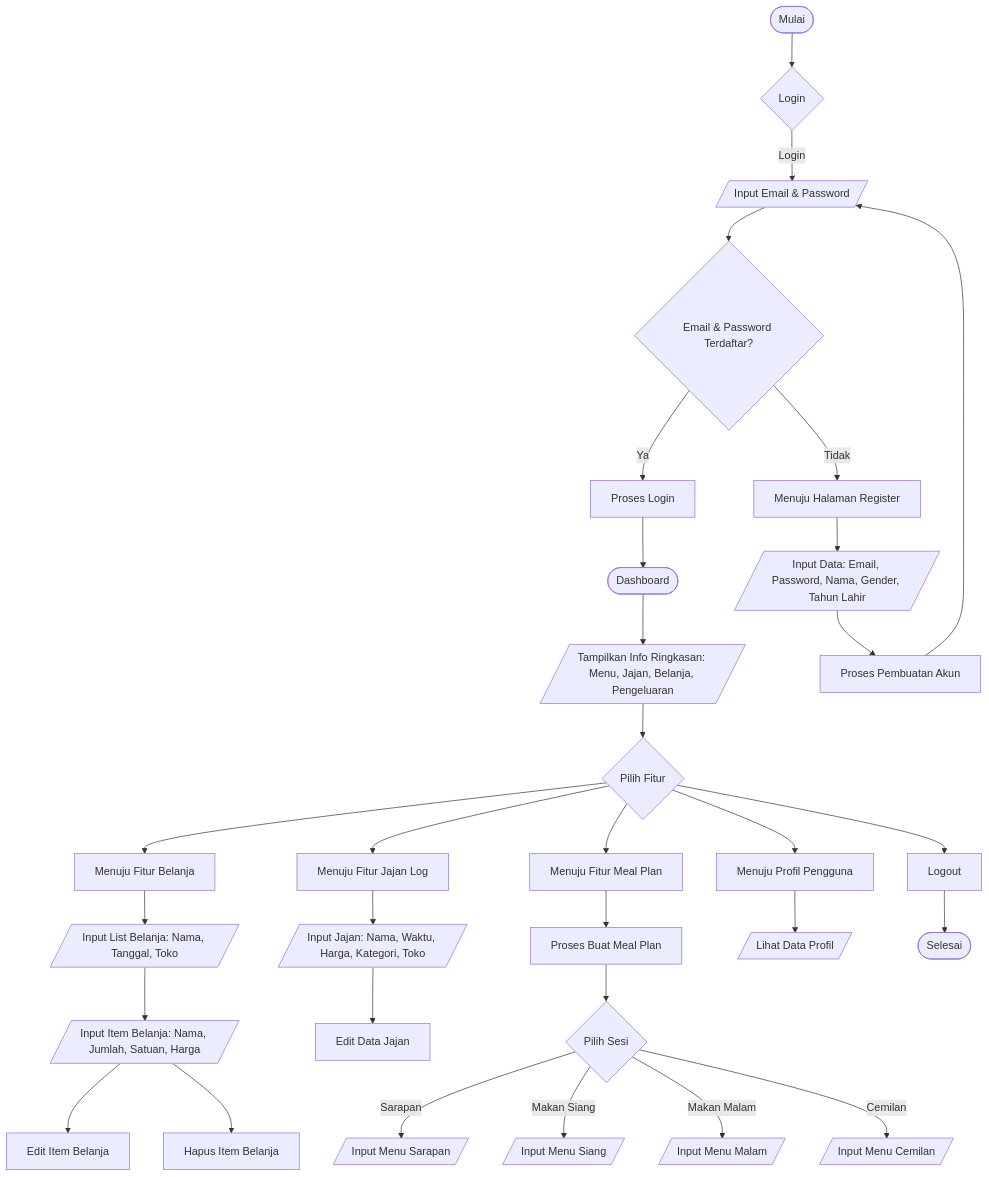
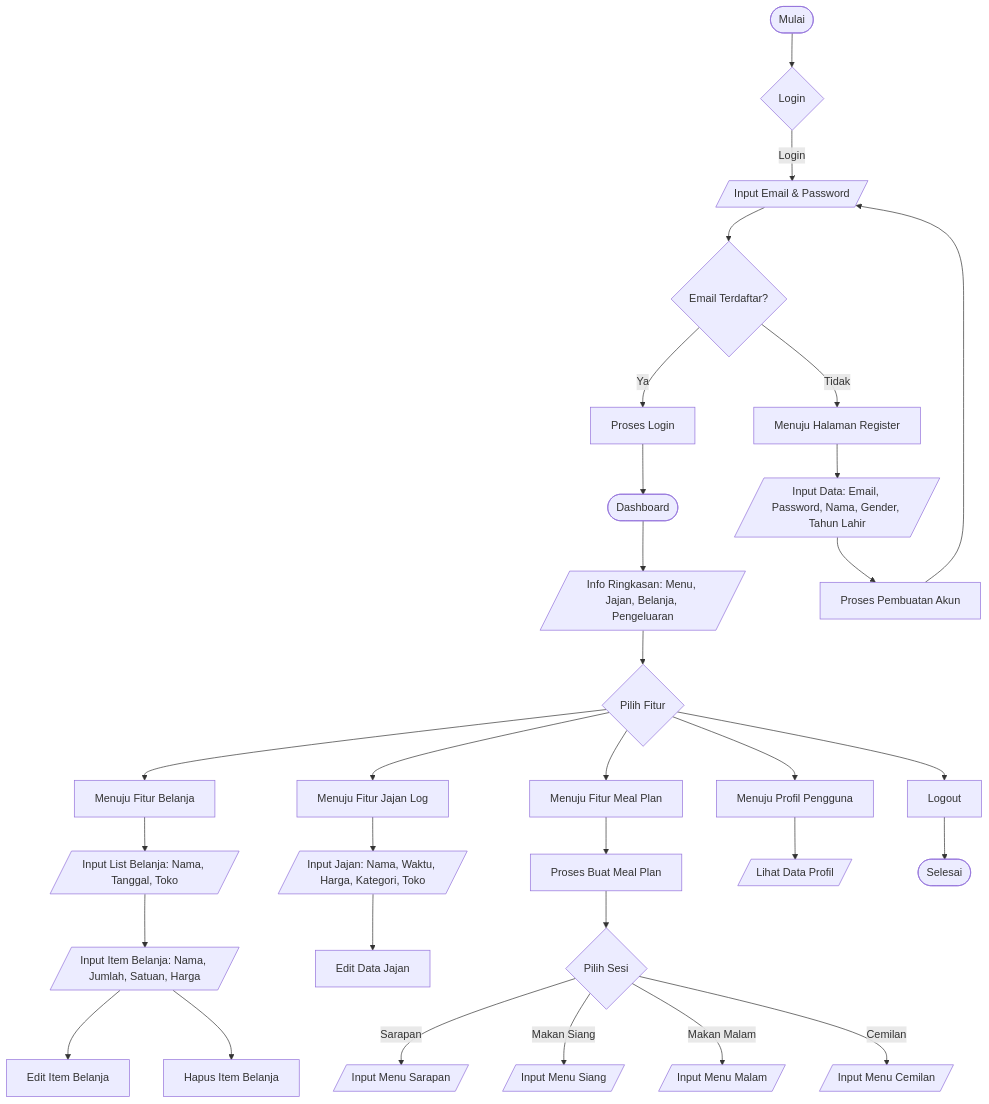
The diagram in README.md (alfathya/LSP-Project), drawn with Mermaid before and after one commit.

````diff
--- a/README.md
+++ b/README.md
@@ -3,53 +3,53 @@
 ```mermaid
 flowchart TD
     %% START
     A([Mulai]) --> B{Login}
 
     %% LOGIN BRANCH
     B --> |Login| C[/Input Email & Password/]
-    C --> D{Email & Password Terdaftar?}
+    C --> D{Email Terdaftar?}
     D --> |Ya| E[Proses Login]
     D --> |Tidak| F[Menuju Halaman Register]
 
     %% REGISTER BRANCH
     F --> G[/Input Data: Email, Password, Nama, Gender, Tahun Lahir/]
     G --> H[Proses Pembuatan Akun]
     H --> C
 
     %% DASHBOARD
     E --> I([Dashboard])
-    I --> J[/Tampilkan Info Ringkasan: Menu, Jajan, Belanja, Pengeluaran/]
+    I --> J[/Info Ringkasan: Menu, Jajan, Belanja, Pengeluaran/]
     J --> K{Pilih Fitur}
     
     %% FITUR BELANJA
     K --> L1[Menuju Fitur Belanja]
     L1 --> M1[/Input List Belanja: Nama, Tanggal, Toko/]
     M1 --> M2[/Input Item Belanja: Nama, Jumlah, Satuan, Harga/]
     M2 --> M3[Edit Item Belanja]
     M2 --> M4[Hapus Item Belanja]
 
     %% FITUR JAJAN LOG
     K --> L2[Menuju Fitur Jajan Log]
     L2 --> N1[/Input Jajan: Nama, Waktu, Harga, Kategori, Toko/]
     N1 --> N2[Edit Data Jajan]
 
     %% FITUR MEAL PLAN
     K --> L3[Menuju Fitur Meal Plan]
     L3 --> O1[Proses Buat Meal Plan]
     O1 --> O2{Pilih Sesi}
     O2 --> |Sarapan| O3[/Input Menu Sarapan/]
     O2 --> |Makan Siang| O4[/Input Menu Siang/]
     O2 --> |Makan Malam| O5[/Input Menu Malam/]
     O2 --> |Cemilan| O6[/Input Menu Cemilan/]
 
     %% FITUR PROFIL
     K --> L4[Menuju Profil Pengguna]
     L4 --> P1[/Lihat Data Profil/]
 
     %% LOGOUT
     K --> L5[Logout]
     L5 --> Q([Selesai])
 
 
 
 ```
````
